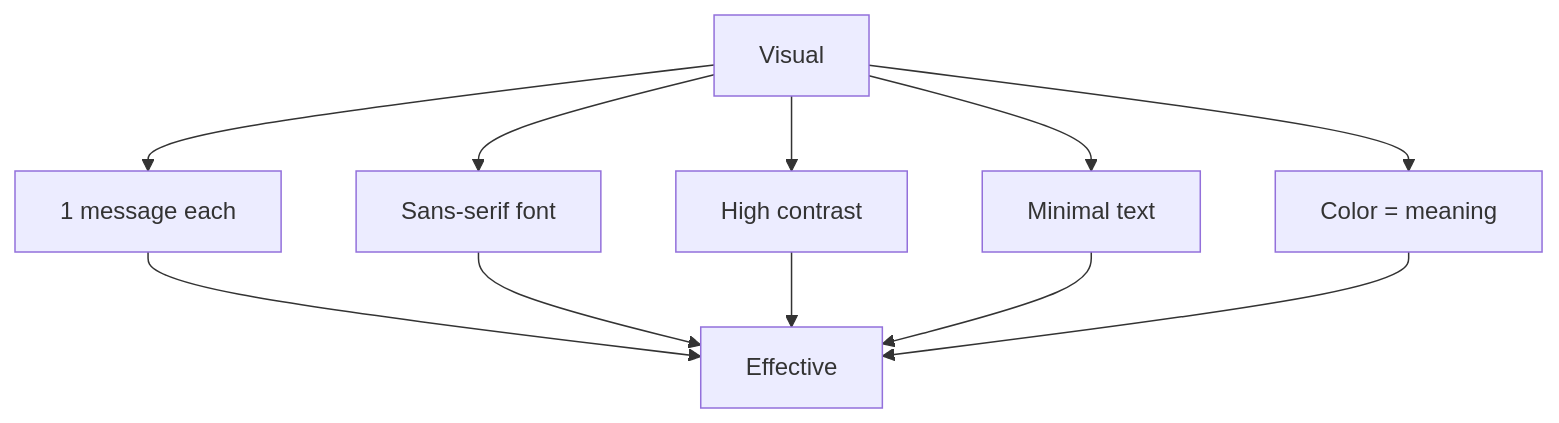
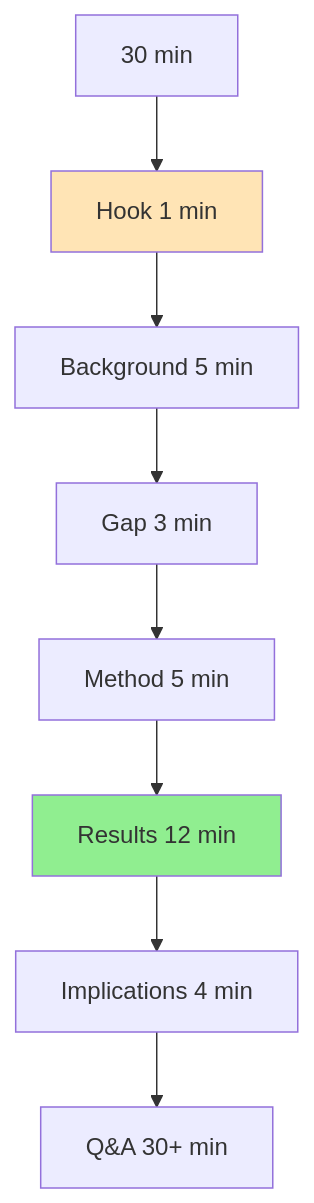
The sixth of 8 diagrams in 01_BSc_Physics/electives/PHYS_2080_Physics_Seminar_I/README.md (yip-lgtm/PhysicsSelfStudy), drawn with Mermaid before and after one commit. The commit also changed other lines of this file and 17 other files, not shown here.

````diff
--- a/01_BSc_Physics/electives/PHYS_2080_Physics_Seminar_I/README.md
+++ b/01_BSc_Physics/electives/PHYS_2080_Physics_Seminar_I/README.md
@@ -149,13 +502,12 @@
 ```mermaid
 graph TD
-    A[Visual] --> B[1 message each]
-    A --> C[Sans-serif font]
-    A --> D[High contrast]
-    A --> E[Minimal text]
-    A --> F[Color = meaning]
-    B --> G[Effective]
-    C --> G
-    D --> G
-    E --> G
-    F --> G
+    A[30 min] --> B[Hook 1 min]
+    B --> C[Background 5 min]
+    C --> D[Gap 3 min]
+    D --> E[Method 5 min]
+    E --> F[Results 12 min]
+    F --> G[Implications 4 min]
+    G --> H[Q&A 30+ min]
+    style B fill:#ffe4b5
+    style F fill:#90ee90
 ```
````
